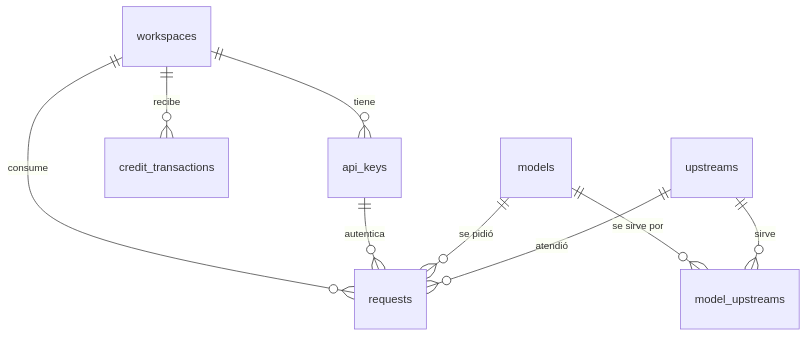
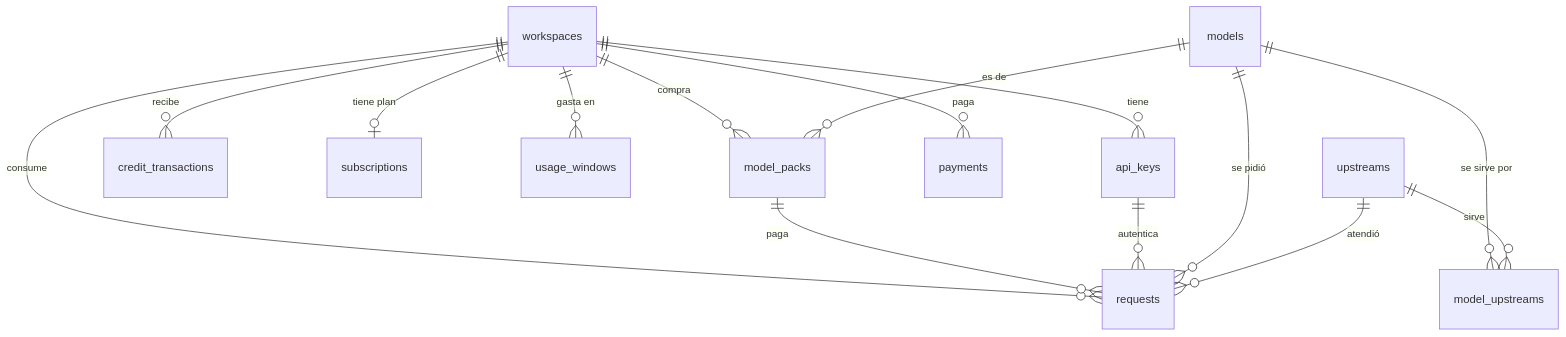
Before and after one commit to 0xPasho/cheaptokens.wtf: the diagram in docs/09-modelo-de-datos.md, drawn with Mermaid. The commit also changed other lines of this file and 16 other files, not shown here.

````diff
--- a/docs/09-modelo-de-datos.md
+++ b/docs/09-modelo-de-datos.md
@@ -10,11 +10,17 @@
 ```mermaid
 erDiagram
   workspaces ||--o{ api_keys : tiene
   workspaces ||--o{ credit_transactions : recibe
   workspaces ||--o{ requests : consume
+  workspaces ||--o| subscriptions : "tiene plan"
+  workspaces ||--o{ usage_windows : "gasta en"
+  workspaces ||--o{ model_packs : compra
+  workspaces ||--o{ payments : paga
+  model_packs ||--o{ requests : paga
+  models ||--o{ model_packs : "es de"
   api_keys ||--o{ requests : autentica
   models ||--o{ model_upstreams : "se sirve por"
   upstreams ||--o{ model_upstreams : sirve
   models ||--o{ requests : "se pidió"
   upstreams ||--o{ requests : atendió
 ```
````
